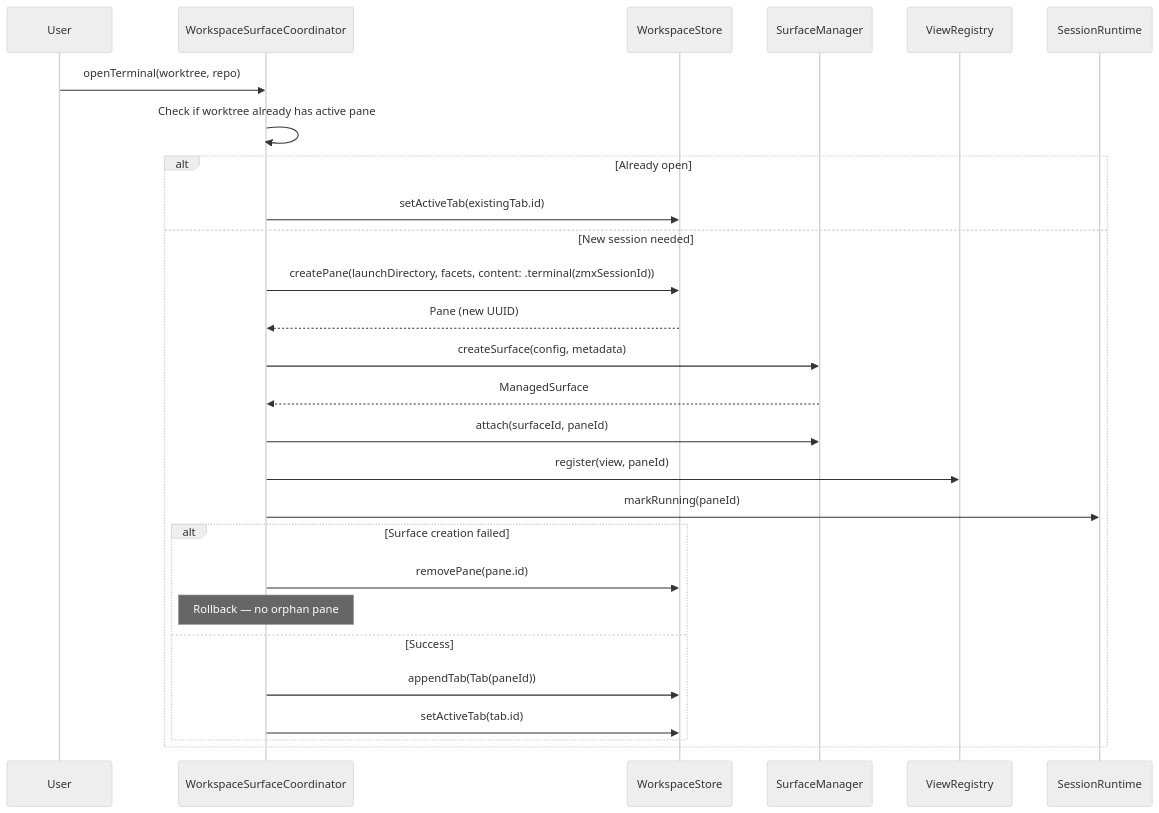
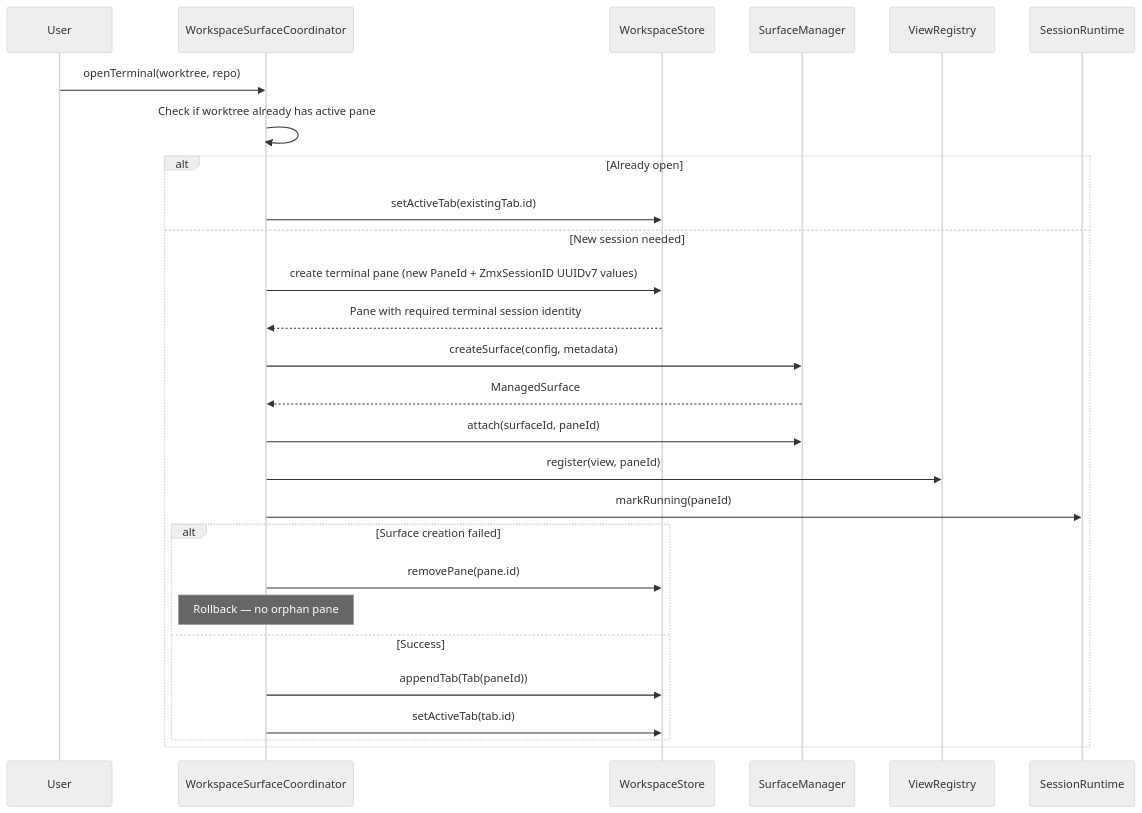
One commit to ShravanSunder/agentstudio changed the third of 5 diagrams in docs/architecture/session_lifecycle.md. Above: the diagram before and after it, drawn with Mermaid (neutral theme). The commit also changed other lines of this file and 130 other files, not shown here.

Commit message:
refactor: hard cut zmx session identity restoration

````diff
--- a/docs/architecture/session_lifecycle.md
+++ b/docs/architecture/session_lifecycle.md
@@ -210,31 +212,31 @@
 ```mermaid
 sequenceDiagram
     participant User
     participant PC as WorkspaceSurfaceCoordinator
     participant Store as WorkspaceStore
     participant SM as SurfaceManager
     participant VR as ViewRegistry
     participant RT as SessionRuntime
 
     User->>PC: openTerminal(worktree, repo)
     PC->>PC: Check if worktree already has active pane
     alt Already open
         PC->>Store: setActiveTab(existingTab.id)
     else New session needed
-        PC->>Store: createPane(launchDirectory, facets, content: .terminal(zmxSessionId))
-        Store-->>PC: Pane (new UUID)
+        PC->>Store: create terminal pane (new PaneId + ZmxSessionID UUIDv7 values)
+        Store-->>PC: Pane with required terminal session identity
         PC->>SM: createSurface(config, metadata)
         SM-->>PC: ManagedSurface
         PC->>SM: attach(surfaceId, paneId)
         PC->>VR: register(view, paneId)
         PC->>RT: markRunning(paneId)
 
         alt Surface creation failed
             PC->>Store: removePane(pane.id)
             Note over PC: Rollback — no orphan pane
         else Success
             PC->>Store: appendTab(Tab(paneId))
             PC->>Store: setActiveTab(tab.id)
         end
     end
 ```
````
